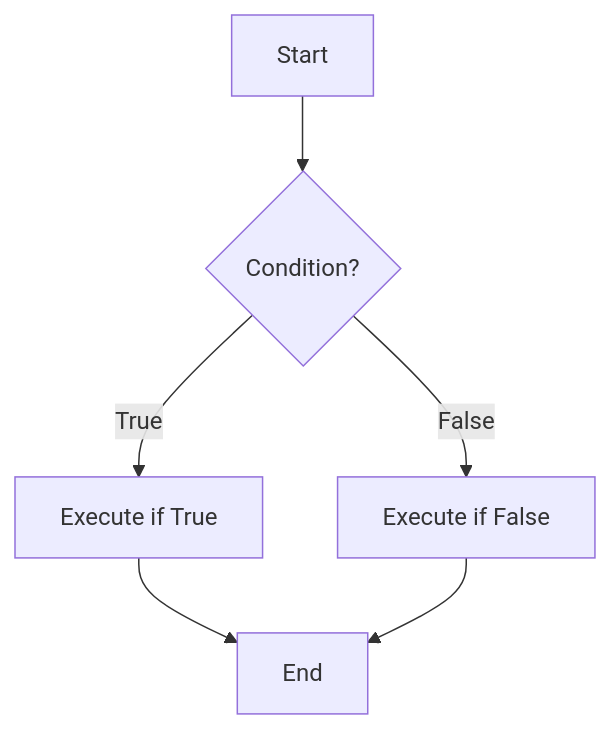
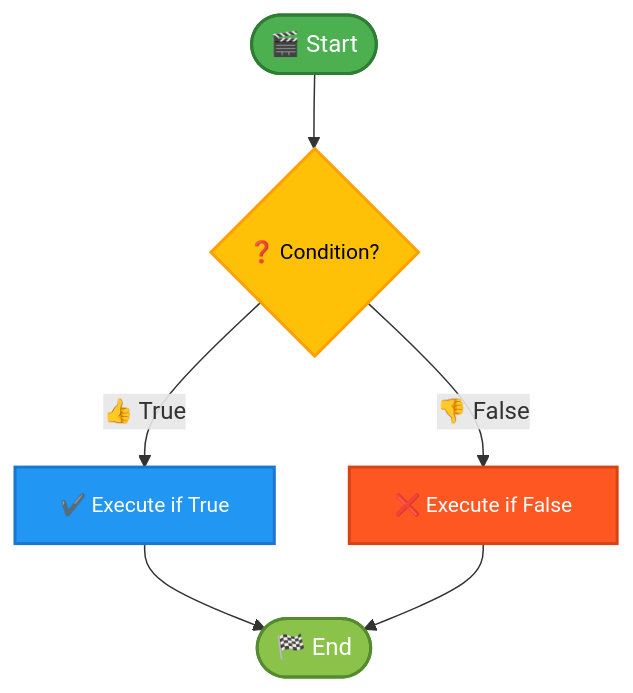
The second of 18 diagrams in _posts/2024-11-28-c-control-statements-decision-making.md (infoyouth/infoyouth.github.io), drawn with Mermaid before and after one commit. The commit also changed other lines of this file, not shown here.

````diff
--- a/_posts/2024-11-28-c-control-statements-decision-making.md
+++ b/_posts/2024-11-28-c-control-statements-decision-making.md
@@ -284,8 +317,15 @@
 ```mermaid
 graph TD
-    A[Start] --> B{Condition?};
-    B -- True --> C[Execute if True];
-    B -- False --> D[Execute if False];
-    C --> E[End];
+    A([🎬 Start]) --> B{❓ Condition?};
+    B -- 👍 True --> C[✔️ Execute if True];
+    B -- 👎 False --> D[❌ Execute if False];
+    C --> E([🏁 End]);
     D --> E;
+
+    style A fill:#4CAF50,stroke:#2E7D32,stroke-width:2px,color:#FFFFFF,font-size:16px
+    style B fill:#FFC107,stroke:#FFA000,stroke-width:2px,color:#000000,font-size:14px
+    style C fill:#2196F3,stroke:#1976D2,stroke-width:2px,color:#FFFFFF,font-size:14px
+    style D fill:#FF5722,stroke:#D84315,stroke-width:2px,color:#FFFFFF,font-size:14px
+    style E fill:#8BC34A,stroke:#558B2F,stroke-width:2px,color:#FFFFFF,font-size:16px
+
 ```
````
